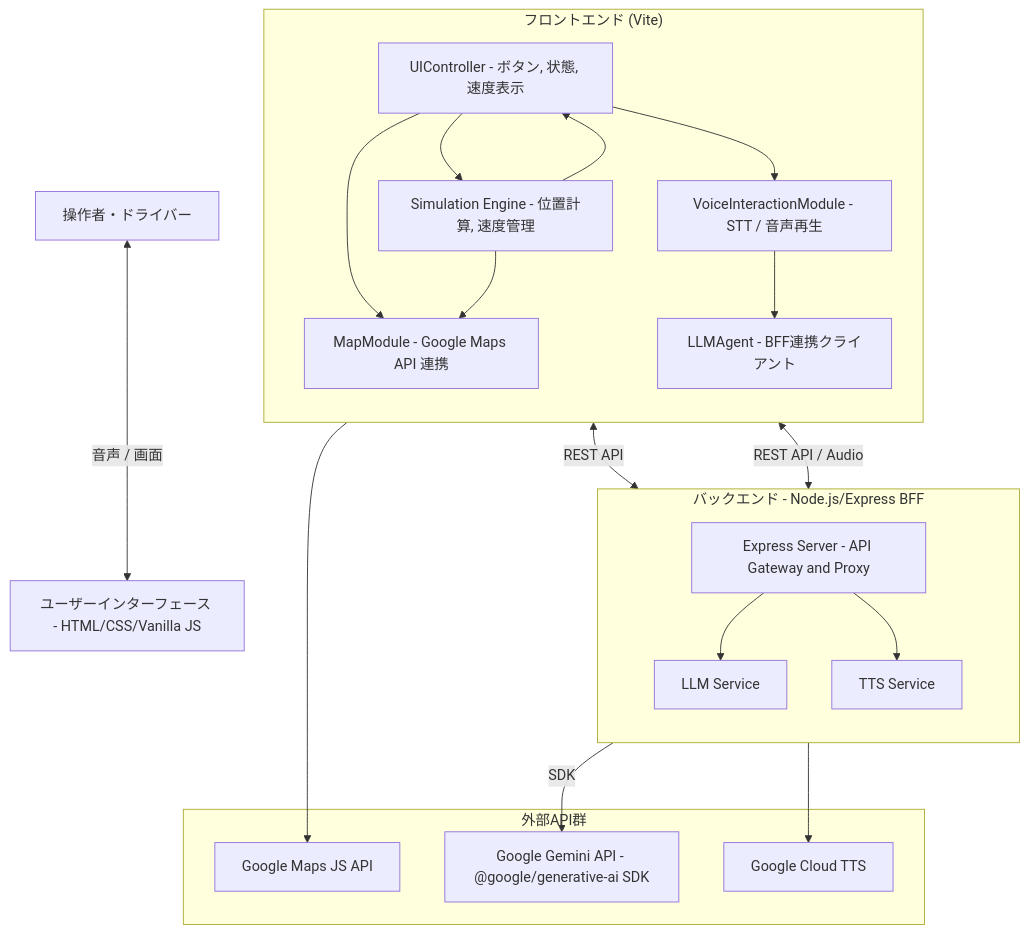
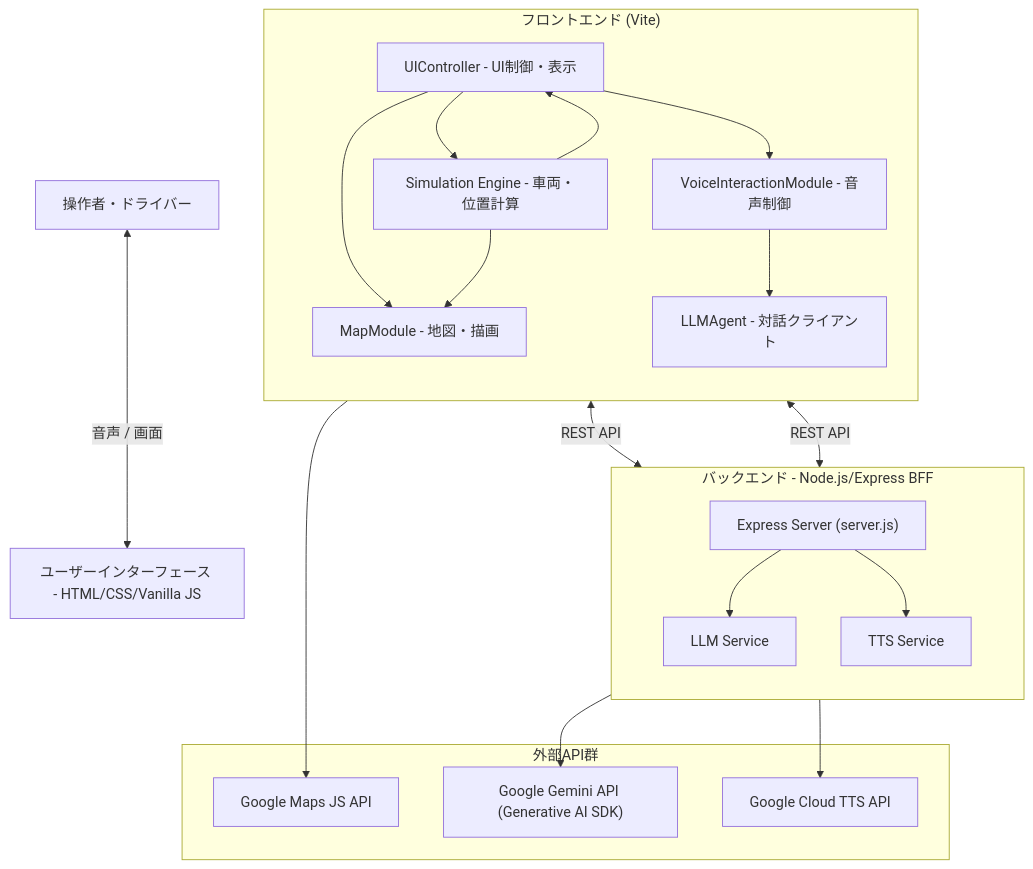
Before and after one commit to yamaPiT/VoiceNavi: the diagram in docs/artifact/SW205_ソフトウェアアーキテクチャ設計書.md, drawn with Mermaid. The commit also changed other lines of this file and 43 other files, not shown here.

````diff
--- a/docs/artifact/SW205_ソフトウェアアーキテクチャ設計書.md
+++ b/docs/artifact/SW205_ソフトウェアアーキテクチャ設計書.md
@@ -20,41 +27,41 @@
 ```mermaid
 flowchart TD
     User["操作者・ドライバー"] <--> |音声 / 画面| UI["ユーザーインターフェース - HTML/CSS/Vanilla JS"]
 
     subgraph Frontend ["フロントエンド (Vite)"]
         direction TB
-        UI_Ctrl["UIController - ボタン, 状態, 速度表示"]
-        Sim["Simulation Engine - 位置計算, 速度管理"]
-        Map["MapModule - Google Maps API 連携"]
-        Voice["VoiceInteractionModule - STT / 音声再生"]
-        LLM["LLMAgent - BFF連携クライアント"]
+        UI_Ctrl["UIController - UI制御・表示"]
+        Sim["Simulation Engine - 車両・位置計算"]
+        Map["MapModule - 地図・描画"]
+        Voice["VoiceInteractionModule - 音声制御"]
+        LLM_Client["LLMAgent - 対話クライアント"]
 
         UI_Ctrl --> Sim
         UI_Ctrl --> Map
         UI_Ctrl --> Voice
-        Voice --> LLM
+        Voice --> LLM_Client
         Sim --> Map
         Sim --> UI_Ctrl
     end
 
     subgraph Backend ["バックエンド - Node.js/Express BFF"]
         direction TB
-        Server["Express Server - API Gateway and Proxy"]
-        Server_LLM["LLM Service"]
-        Server_TTS["TTS Service"]
-        Server --> Server_LLM
-        Server --> Server_TTS
+        Server["Express Server (server.js)"]
+        LLM_Srv["LLM Service"]
+        TTS_Srv["TTS Service"]
+        Server --> LLM_Srv
+        Server --> TTS_Srv
     end
 
     subgraph External ["外部API群"]
         GCP_Maps["Google Maps JS API"]
-        GCP_TTS["Google Cloud TTS"]
-        Gemini["Google Gemini API - @google/generative-ai SDK"]
+        GCP_TTS["Google Cloud TTS API"]
+        Gemini["Google Gemini API (Generative AI SDK)"]
     end
 
     Map --> GCP_Maps
-    LLM <--> |REST API| Server
-    Voice <--> |REST API / Audio| Server
-    Server_LLM --> |SDK| Gemini
-    Server_TTS --> GCP_TTS
+    LLM_Client <--> |REST API| Server
+    Voice <--> |REST API| Server
+    LLM_Srv --> Gemini
+    TTS_Srv --> GCP_TTS
 ```
````
